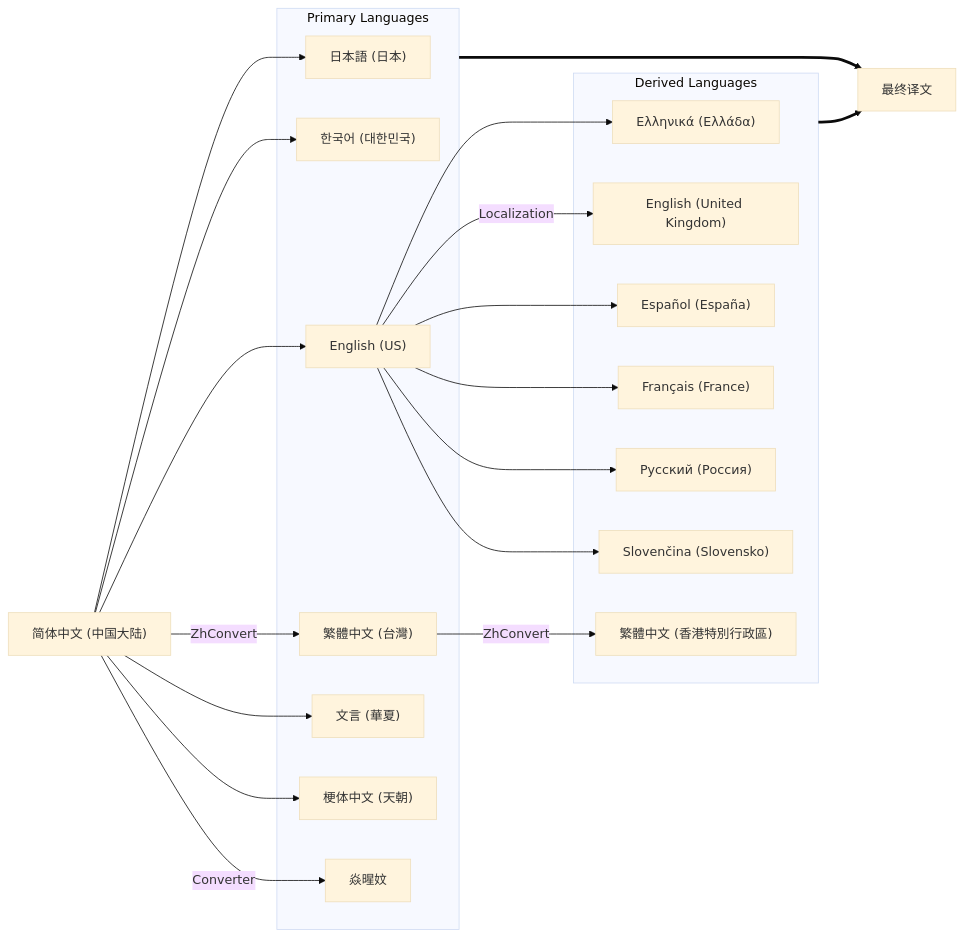
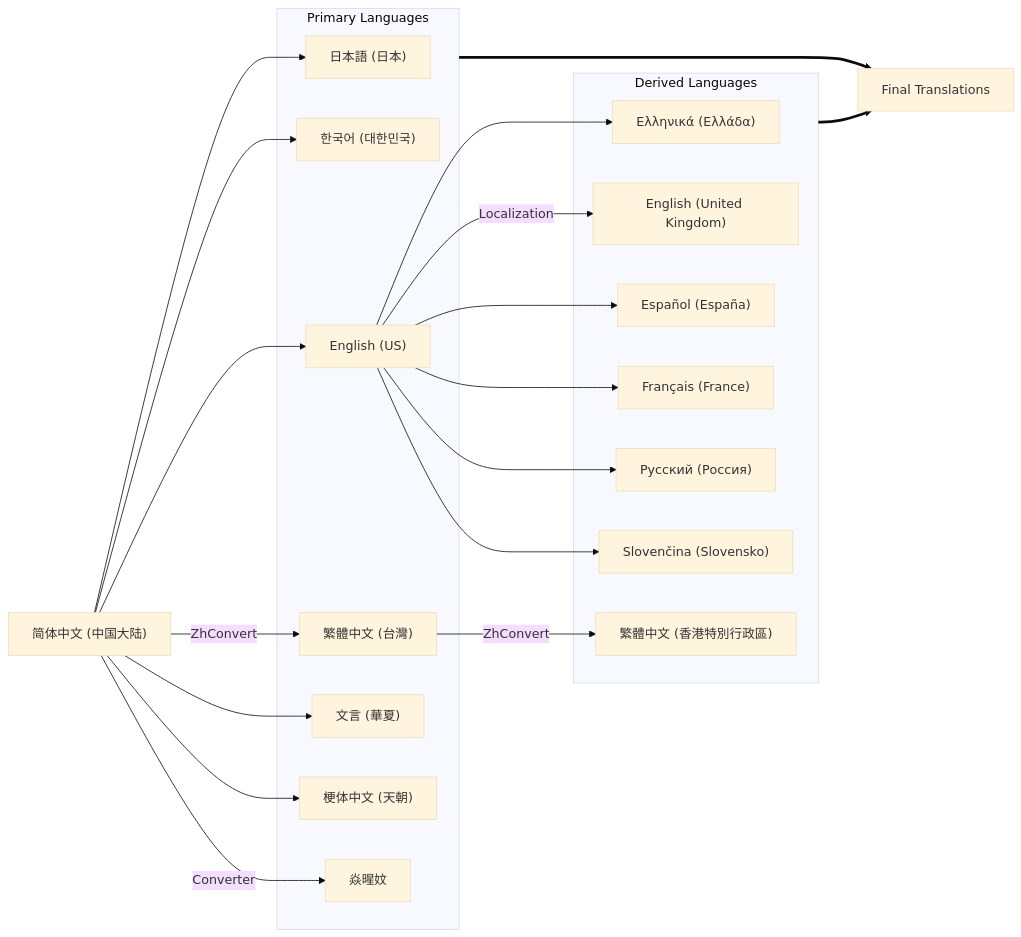
One commit to tangge233/PCL2 changed the fifth of 8 diagrams in CONTRIBUTING.md. Above: the diagram before and after it, drawn with Mermaid (base theme). The commit also changed other lines of this file, not shown here.

````diff
--- a/CONTRIBUTING.md
+++ b/CONTRIBUTING.md
@@ -315,29 +315,29 @@
 ```mermaid
 graph LR;
  subgraph s1["Primary Languages"]
         E2["日本語 (日本) "]
         E3["한국어 (대한민국) "]
         E4["繁體中文 (台灣) "]
         E1["English (US)"]
         E5["文言 (華夏) "]
         E6["梗体中文 (天朝) "]
         E7["焱暒妏"]
   end
  subgraph s2["Derived Languages"]
         F7["Ελληνικά (Ελλάδα)"]
         F1["English (United Kingdom)"]
         F2["Español (España)"]
         F3["Français (France)"]
         F4["Русский (Россия)"]
         F5["Slovenčina (Slovensko)"]
         F6["繁體中文 (香港特別行政區) "]
   end
     D1["简体中文 (中国大陆) "] --> E1 & E2 & E3 & E5 & E6
     D1 -- Converter --> E7
     D1 -- ZhConvert --> E4
     E1 -- Localization --> F1
     E1 --> F2 & F3 & F4 & F5 & F7
     E4 -- ZhConvert --> F6
-    s1 ==> n1["最终译文"]
+    s1 ==> n1["Final Translations"]
     s2 ==> n1
 ```
````
